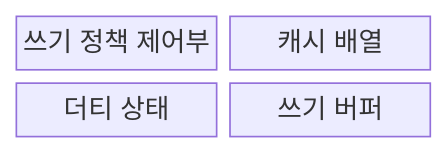
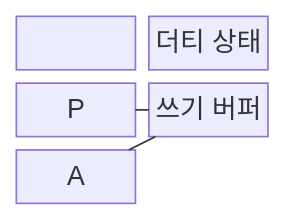
The first of 2 diagrams in src/content/docs/notes/02-hardware/013_cache_write_policy.md (agnusdei1207/knowledge-base), drawn with Mermaid before and after one commit. The commit also changed other lines of this file and 20 other files, not shown here.

````diff
--- a/src/content/docs/notes/02-hardware/013_cache_write_policy.md
+++ b/src/content/docs/notes/02-hardware/013_cache_write_policy.md
@@ -64,8 +63,7 @@
 ```mermaid
 block
     columns 2
-    P["쓰기 정책 제어부"]
-    A["캐시 배열"]
-    D["더티 상태"]
-    W["쓰기 버퍼"]
+    P["쓰기 정책 제어부"] --- A["캐시 배열"] --- D["더티 상태"]
+    P --- W["쓰기 버퍼"]
+    A --- W
 ```
````
